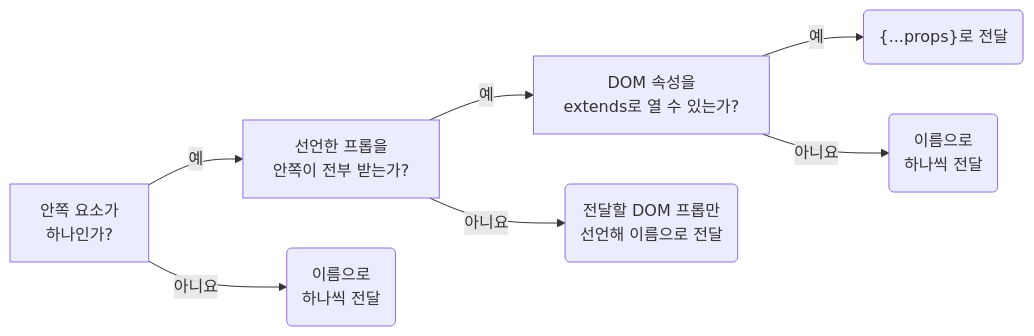
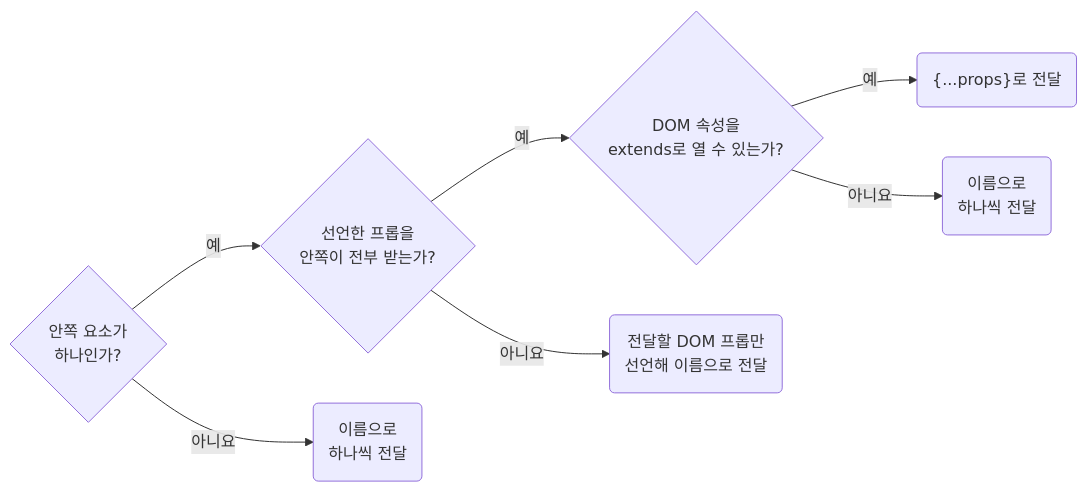
The second of 2 diagrams in skill/react/HANDBOOK.md (minu-ha/agent-conventions), drawn with Mermaid before and after one commit. The commit also changed 6 other files, not shown here.

First line of the commit message:
feat(viewer): 흐름도를 beautiful-mermaid 의 문자 격자 배치로 그린다

````diff
--- a/skill/react/HANDBOOK.md
+++ b/skill/react/HANDBOOK.md
@@ -1505,7 +1505,7 @@
 ```mermaid
 flowchart LR
-	q1["안쪽 요소가<br>하나인가?"] -- 예 --> q2["선언한 프롭을<br>안쪽이 전부 받는가?"] -- 예 --> q3["DOM 속성을<br>extends로 열 수 있는가?"] -- 예 --> r3("{...props}로 전달")
+	q1{"안쪽 요소가<br>하나인가?"} -- 예 --> q2{"선언한 프롭을<br>안쪽이 전부 받는가?"} -- 예 --> q3{"DOM 속성을<br>extends로 열 수 있는가?"} -- 예 --> r3("{...props}로 전달")
 	q1 -- 아니요 --> r1("이름으로<br>하나씩 전달")
 	q2 -- 아니요 --> r2("전달할 DOM 프롭만<br>선언해 이름으로 전달")
 	q3 -- 아니요 --> r4("이름으로<br>하나씩 전달")
 ```
````
